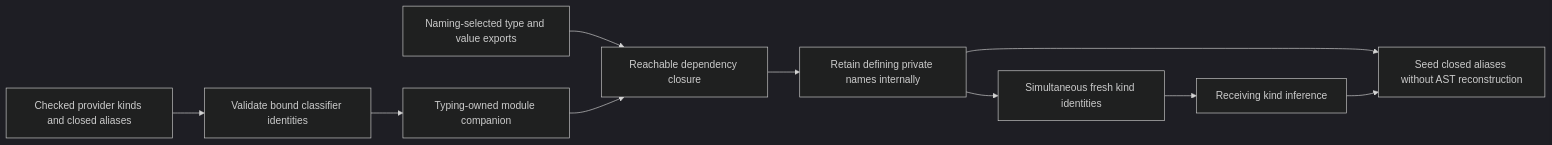
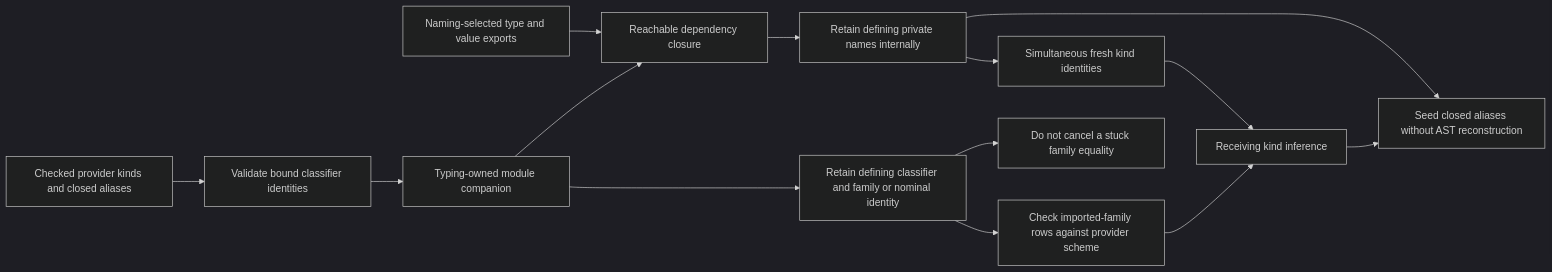
Diagram 17 of 19 in spec-chirho/workflows-chirho/language-features-chirho/declaration-kinds-chirho.md (loveJesus/haskelujah-chirho), drawn with Mermaid (dark theme) before and after one commit. The commit also changed other lines of this file and 16 other files, not shown here.

First line of the commit message:
compat: preserve checked imported family and nominal identities Chirho

````diff
--- a/spec-chirho/workflows-chirho/language-features-chirho/declaration-kinds-chirho.md
+++ b/spec-chirho/workflows-chirho/language-features-chirho/declaration-kinds-chirho.md
@@ -840,12 +854,16 @@
 ```mermaid
 flowchart LR
   ProviderChirho[Checked provider kinds and closed aliases] --> ClosureChirho[Validate bound classifier identities]
   ClosureChirho --> CompanionChirho[Typing-owned module companion]
   NamingRootsChirho[Naming-selected type and value exports] --> ReachableChirho[Reachable dependency closure]
   CompanionChirho --> ReachableChirho
   ReachableChirho --> PrivateNamesChirho[Retain defining private names internally]
   PrivateNamesChirho --> RebaseChirho[Simultaneous fresh kind identities]
   RebaseChirho --> ConsumerKindChirho[Receiving kind inference]
+  CompanionChirho --> HeadShapeChirho[Retain defining classifier and family or nominal identity]
+  HeadShapeChirho --> DetachedRowsChirho[Check imported-family rows against provider scheme]
+  HeadShapeChirho --> NonInjectiveChirho[Do not cancel a stuck family equality]
+  DetachedRowsChirho --> ConsumerKindChirho
   PrivateNamesChirho --> ConsumerAliasChirho[Seed closed aliases without AST reconstruction]
   ConsumerKindChirho --> ConsumerAliasChirho
 ```
````
